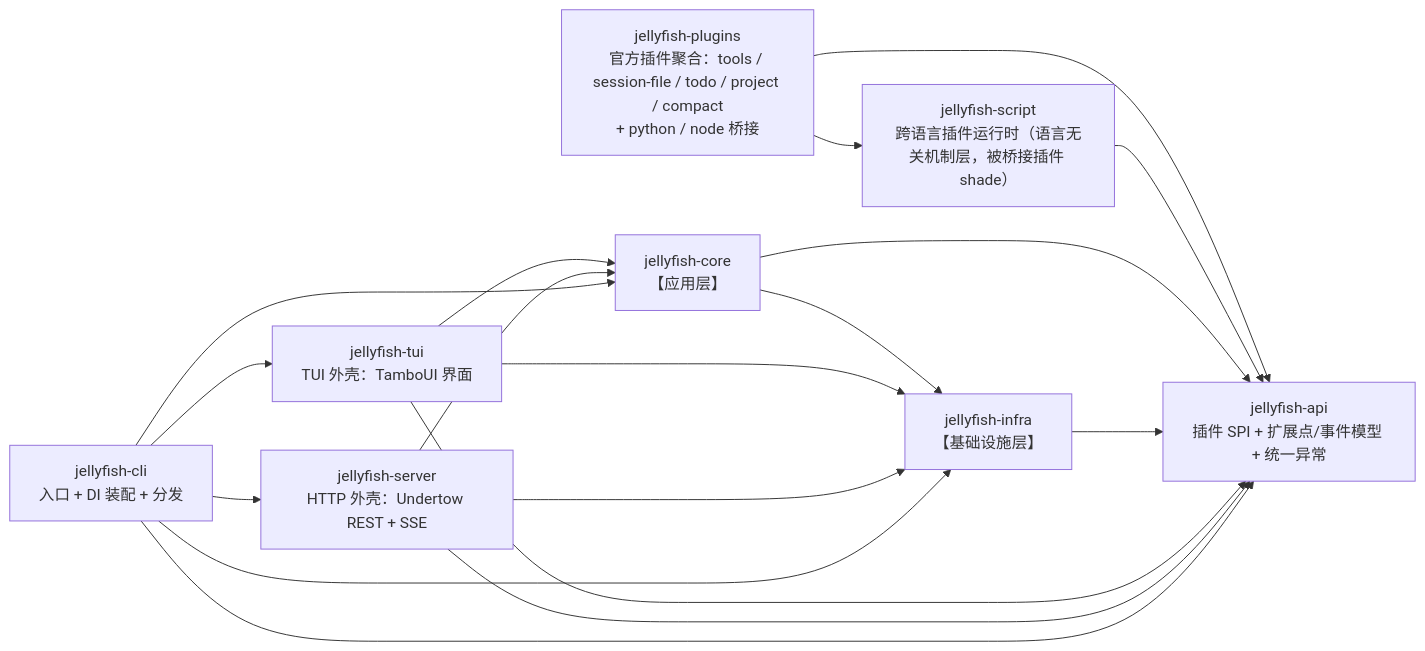
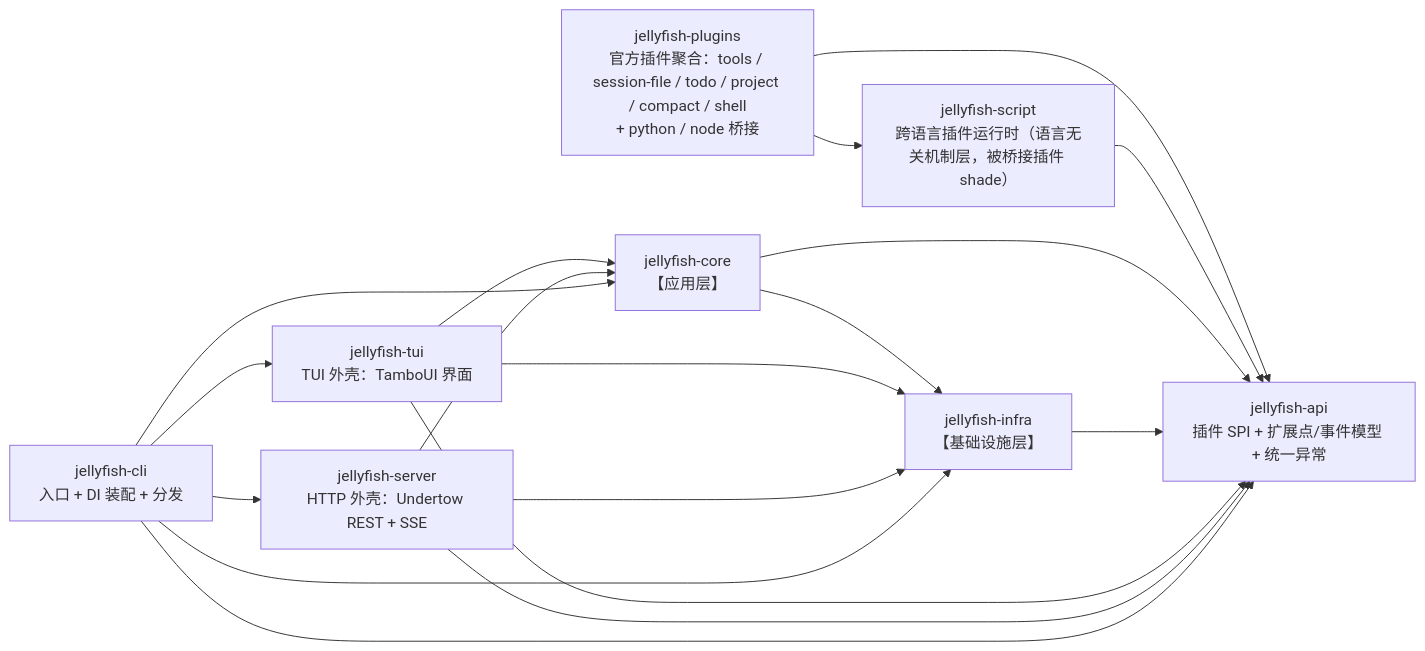
The second of 2 diagrams in AGENTS.md (zcd0831/Jellyfish), drawn with Mermaid before and after one commit. The commit also changed other lines of this file, not shown here.

````diff
--- a/AGENTS.md
+++ b/AGENTS.md
@@ -177,29 +178,29 @@
 ```mermaid
 flowchart LR
     API["jellyfish-api<br>插件 SPI + 扩展点/事件模型 + 统一异常"]
-    PLUGINS["jellyfish-plugins<br>官方插件聚合：tools / session-file / todo / project / compact<br>+ python / node 桥接"]
+    PLUGINS["jellyfish-plugins<br>官方插件聚合：tools / session-file / todo / project / compact / shell<br>+ python / node 桥接"]
     SCRIPT["jellyfish-script<br>跨语言插件运行时（语言无关机制层，被桥接插件 shade）"]
     INFRA["jellyfish-infra<br>【基础设施层】"]
     CORE["jellyfish-core<br>【应用层】"]
     TUI["jellyfish-tui<br>TUI 外壳：TamboUI 界面"]
     SERVER["jellyfish-server<br>HTTP 外壳：Undertow REST + SSE"]
     CLI["jellyfish-cli<br>入口 + DI 装配 + 分发"]
 
     PLUGINS --> API
     PLUGINS --> SCRIPT
     SCRIPT --> API
     CORE --> API
     CORE --> INFRA
     INFRA --> API
     TUI --> CORE
     TUI --> INFRA
     TUI --> API
     SERVER --> CORE
     SERVER --> INFRA
     SERVER --> API
     CLI --> CORE
     CLI --> INFRA
     CLI --> API
     CLI --> TUI
     CLI --> SERVER
 ```
````
